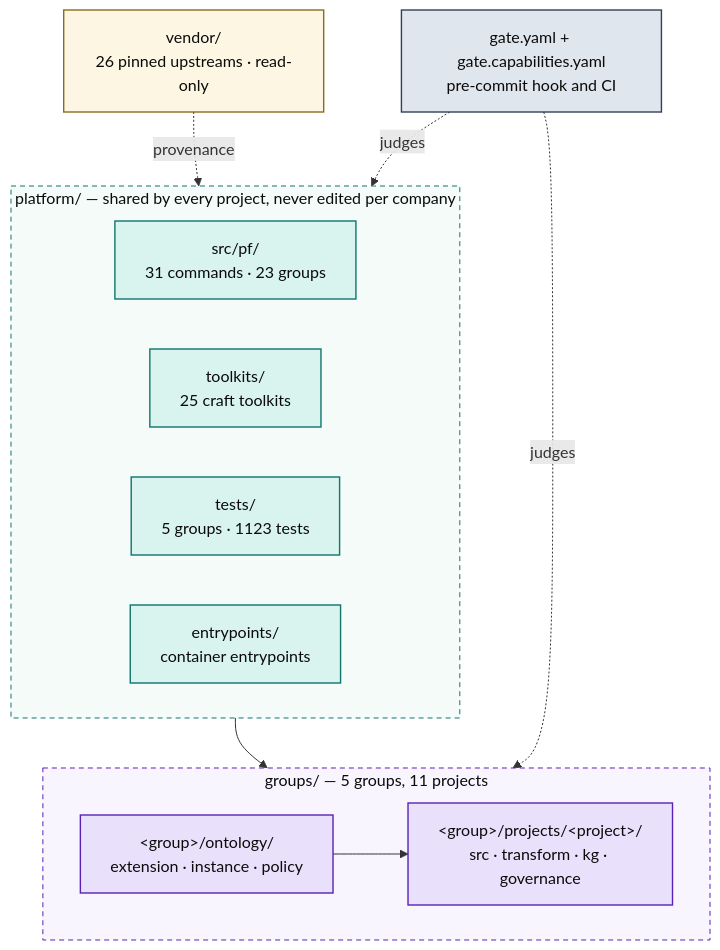
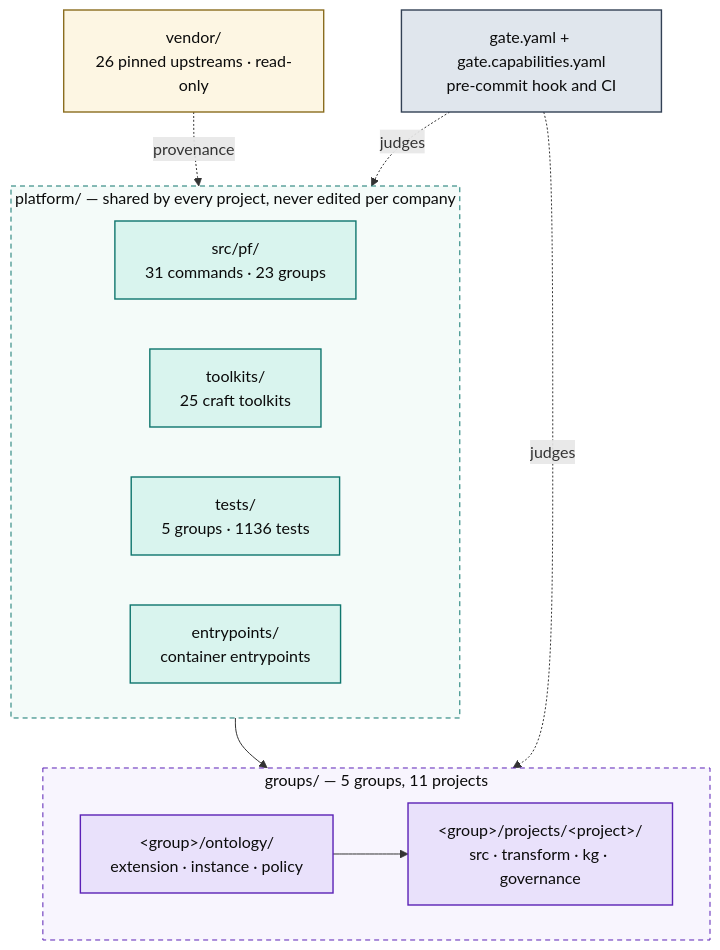
One commit to Atomz-org/data-platform changed the first of 5 diagrams in docs/ARCHITECTURE.md. Above: the diagram before and after it, drawn with Mermaid. The commit also changed other lines of this file and 2 other files, not shown here.

Commit message:
feat(platform): claim a project's requirements/ in the architecture map (3 of 4)
build-from-requirement writes requirements/<REQ>/ (source.md, spec.yaml,
trace.md) into the project it builds. No Feature claimed it, so the first
project the skill touched would fail `pf arch <g> <p> --check` in its CI
workflow with an unmapped directory.

platform/src/pf/architecture.py — optional Feature `requirements`
(governance lane, `requirements/**/*.md|yaml`, made by
/build-from-requirement).
platform/tests/graph/test_architecture.py — a project holding a requirement
has nothing unmapped and no requirements gap.
docs/ARCHITECTURE.md — regenerated (`pf arch build`).

````diff
--- a/docs/ARCHITECTURE.md
+++ b/docs/ARCHITECTURE.md
@@ -15,36 +15,36 @@
 ```mermaid
 flowchart TB
   subgraph SHARED["platform/ — shared by every project, never edited per company"]
     direction LR
     ENG["src/pf/<br/>31 commands · 23 groups"]
     TK["toolkits/<br/>25 craft toolkits"]
-    TST["tests/<br/>5 groups · 1123 tests"]
+    TST["tests/<br/>5 groups · 1136 tests"]
     ENT["entrypoints/<br/>container entrypoints"]
   end
 
   subgraph ENTITIES["groups/ — 5 groups, 11 projects"]
     direction LR
     GRP["&lt;group&gt;/ontology/<br/>extension · instance · policy"]
     PRJ["&lt;group&gt;/projects/&lt;project&gt;/<br/>src · transform · kg · governance"]
     GRP --> PRJ
   end
 
   VEN["vendor/<br/>26 pinned upstreams · read-only"]
   GATE["gate.yaml + gate.capabilities.yaml<br/>pre-commit hook and CI"]
 
   SHARED --> ENTITIES
   VEN -.provenance.-> SHARED
   GATE -.judges.-> ENTITIES
   GATE -.judges.-> SHARED
 
   classDef code fill:#d9f4ee,stroke:#0f766e,stroke-width:1.4px,color:#0b0b0b
   classDef data fill:#e9e1fb,stroke:#5b21b6,stroke-width:1.4px,color:#0b0b0b
   classDef gov fill:#e0e6ed,stroke:#334155,stroke-width:1.4px,color:#0b0b0b
   classDef ext fill:#fdf6e3,stroke:#8a6d1f,stroke-width:1.4px,color:#0b0b0b
   class ENG,TK,TST,ENT code
   class GRP,PRJ data
   class GATE gov
   class VEN ext
   style SHARED fill:#f4fbf9,stroke:#0f766e,stroke-dasharray:5 4,color:#0b0b0b
   style ENTITIES fill:#f8f5fe,stroke:#5b21b6,stroke-dasharray:5 4,color:#0b0b0b
 ```
````
